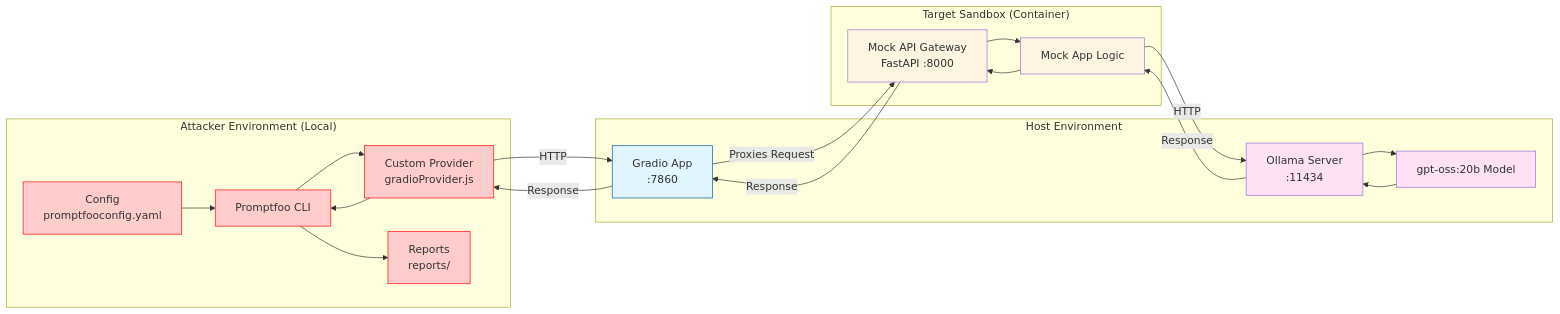
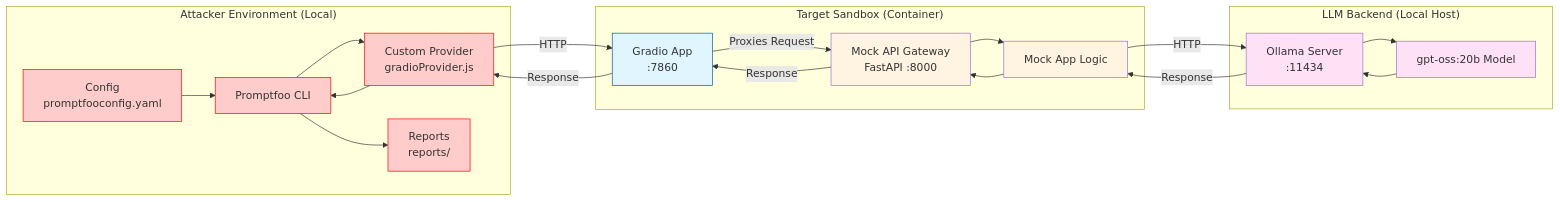
The diagram in initiatives/genai_red_team_handbook/exploitation/promptfoo/README.md (felipepenha/www-project-top-10-for-large-language-model-applications), drawn with Mermaid before and after one commit.

Commit message:
docs: revision.

````diff
--- a/initiatives/genai_red_team_handbook/exploitation/promptfoo/README.md
+++ b/initiatives/genai_red_team_handbook/exploitation/promptfoo/README.md
@@ -24,46 +24,46 @@
 ```mermaid
 graph LR
     subgraph "Attacker Environment (Local)"
         PromptfooCLI[Promptfoo CLI]
         Config[Config<br/>promptfooconfig.yaml]
         Provider[Custom Provider<br/>gradioProvider.js]
         Reports[Reports<br/>reports/]
     end
 
-    subgraph "Host Environment"
+    subgraph "Target Sandbox (Container)"
         Gradio[Gradio App<br/>:7860]
+        MockAPI[Mock API Gateway<br/>FastAPI :8000]
+        MockLogic[Mock App Logic]
+    end
+
+    subgraph "LLM Backend (Local Host)"
         Ollama[Ollama Server<br/>:11434]
         Model[gpt‑oss:20b Model]
-    end
-
-    subgraph "Target Sandbox (Container)"
-        MockAPI[Mock API Gateway<br/>FastAPI :8000]
-        MockLogic[Mock App Logic]
     end
 
     %% Interaction flow
     Config --> PromptfooCLI
     PromptfooCLI --> Provider
     Provider -->|HTTP| Gradio
     Gradio -->|Proxies Request| MockAPI
     MockAPI --> MockLogic
     MockLogic -->|HTTP| Ollama
     Ollama --> Model
     Model --> Ollama
     Ollama -->|Response| MockLogic
     MockLogic --> MockAPI
     MockAPI -->|Response| Gradio
     Gradio -->|Response| Provider
     Provider --> PromptfooCLI
     PromptfooCLI --> Reports
 
     style PromptfooCLI fill:#ffcccc,stroke:#ff0000
     style Config fill:#ffcccc,stroke:#ff0000
     style Provider fill:#ffcccc,stroke:#ff0000
     style Reports fill:#ffcccc,stroke:#ff0000
     style MockAPI fill:#fff4e1
     style MockLogic fill:#fff4e1
     style Gradio fill:#e1f5fe,stroke:#01579b
     style Ollama fill:#ffe1f5
     style Model fill:#ffe1f5
 ```
````
